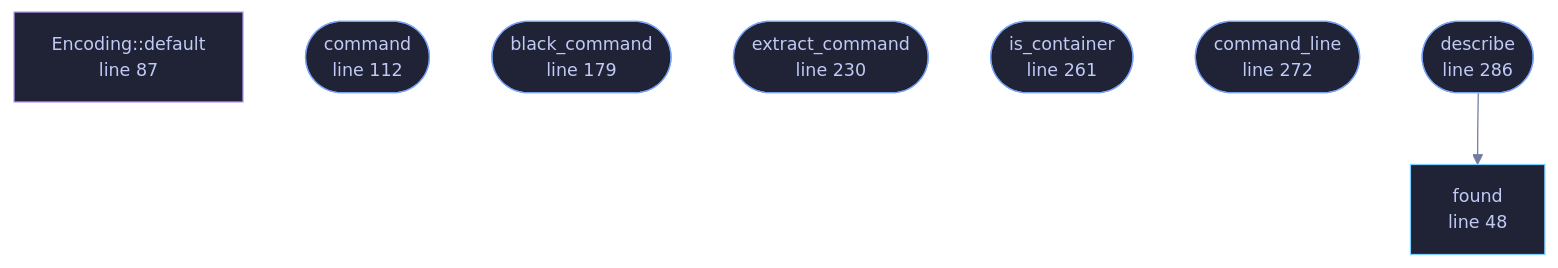
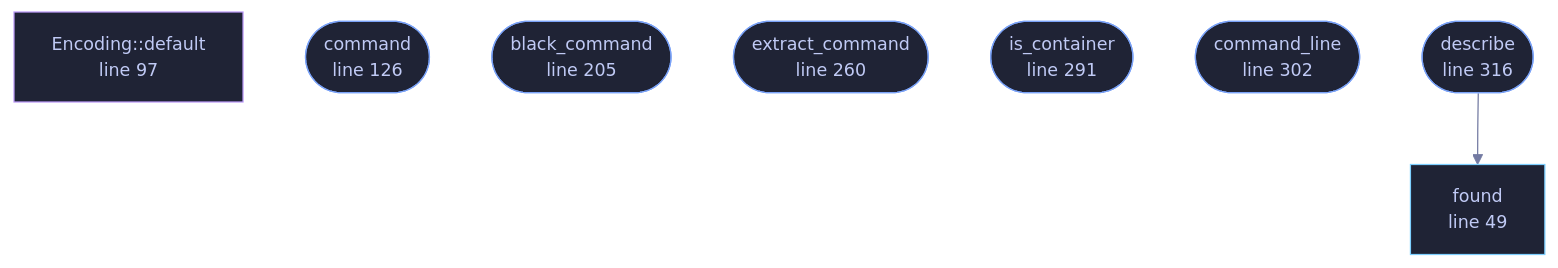
The diagram in wiki/File-veilvoice-video-ffmpeg.md (tilas01/veilvoice), drawn with Mermaid before and after one commit. The commit also changed other lines of this file and 51 other files, not shown here.

````diff
--- a/wiki/File-veilvoice-video-ffmpeg.md
+++ b/wiki/File-veilvoice-video-ffmpeg.md
@@ -85,27 +85,27 @@
 ```mermaid
 %%{init: {"theme":"base","themeVariables":{"background":"#1a1b26","primaryColor":"#1f2335","primaryTextColor":"#c0caf5","primaryBorderColor":"#7aa2f7","secondaryColor":"#16161e","tertiaryColor":"#16161e","lineColor":"#737aa2","textColor":"#c0caf5","mainBkg":"#1f2335","nodeBorder":"#7aa2f7","clusterBkg":"#16161e","clusterBorder":"#2f3549","fontFamily":"ui-monospace, SFMono-Regular, Consolas, monospace","fontSize":"14px"}}}%%
 flowchart TD
-    n_found["found<br/>line 48"]
-    n_default["Encoding::default<br/>line 87"]
-    n_command(["command<br/>line 112"])
-    n_black_command(["black_command<br/>line 179"])
-    n_extract_command(["extract_command<br/>line 230"])
-    n_is_container(["is_container<br/>line 261"])
-    n_command_line(["command_line<br/>line 272"])
-    n_describe(["describe<br/>line 286"])
+    n_found["found<br/>line 49"]
+    n_default["Encoding::default<br/>line 97"]
+    n_command(["command<br/>line 126"])
+    n_black_command(["black_command<br/>line 205"])
+    n_extract_command(["extract_command<br/>line 260"])
+    n_is_container(["is_container<br/>line 291"])
+    n_command_line(["command_line<br/>line 302"])
+    n_describe(["describe<br/>line 316"])
     n_describe --> n_found
-    click n_found href "https://github.com/tilas01/veilvoice/blob/main/crates/veilvoice-video/src/ffmpeg.rs#L48" "open the source"
-    click n_default href "https://github.com/tilas01/veilvoice/blob/main/crates/veilvoice-video/src/ffmpeg.rs#L87" "open the source"
-    click n_command href "https://github.com/tilas01/veilvoice/blob/main/crates/veilvoice-video/src/ffmpeg.rs#L112" "open the source"
-    click n_black_command href "https://github.com/tilas01/veilvoice/blob/main/crates/veilvoice-video/src/ffmpeg.rs#L179" "open the source"
-    click n_extract_command href "https://github.com/tilas01/veilvoice/blob/main/crates/veilvoice-video/src/ffmpeg.rs#L230" "open the source"
-    click n_is_container href "https://github.com/tilas01/veilvoice/blob/main/crates/veilvoice-video/src/ffmpeg.rs#L261" "open the source"
-    click n_command_line href "https://github.com/tilas01/veilvoice/blob/main/crates/veilvoice-video/src/ffmpeg.rs#L272" "open the source"
-    click n_describe href "https://github.com/tilas01/veilvoice/blob/main/crates/veilvoice-video/src/ffmpeg.rs#L286" "open the source"
+    click n_found href "https://github.com/tilas01/veilvoice/blob/main/crates/veilvoice-video/src/ffmpeg.rs#L49" "open the source"
+    click n_default href "https://github.com/tilas01/veilvoice/blob/main/crates/veilvoice-video/src/ffmpeg.rs#L97" "open the source"
+    click n_command href "https://github.com/tilas01/veilvoice/blob/main/crates/veilvoice-video/src/ffmpeg.rs#L126" "open the source"
+    click n_black_command href "https://github.com/tilas01/veilvoice/blob/main/crates/veilvoice-video/src/ffmpeg.rs#L205" "open the source"
+    click n_extract_command href "https://github.com/tilas01/veilvoice/blob/main/crates/veilvoice-video/src/ffmpeg.rs#L260" "open the source"
+    click n_is_container href "https://github.com/tilas01/veilvoice/blob/main/crates/veilvoice-video/src/ffmpeg.rs#L291" "open the source"
+    click n_command_line href "https://github.com/tilas01/veilvoice/blob/main/crates/veilvoice-video/src/ffmpeg.rs#L302" "open the source"
+    click n_describe href "https://github.com/tilas01/veilvoice/blob/main/crates/veilvoice-video/src/ffmpeg.rs#L316" "open the source"
     classDef entry fill:#1f2335,stroke:#7aa2f7,color:#c0caf5
     class n_command,n_black_command,n_extract_command,n_is_container,n_command_line,n_describe entry
     classDef api fill:#1f2335,stroke:#7dcfff,color:#c0caf5
     class n_found api
     classDef helper fill:#1f2335,stroke:#bb9af7,color:#c0caf5
     class n_default helper
 ```
````
